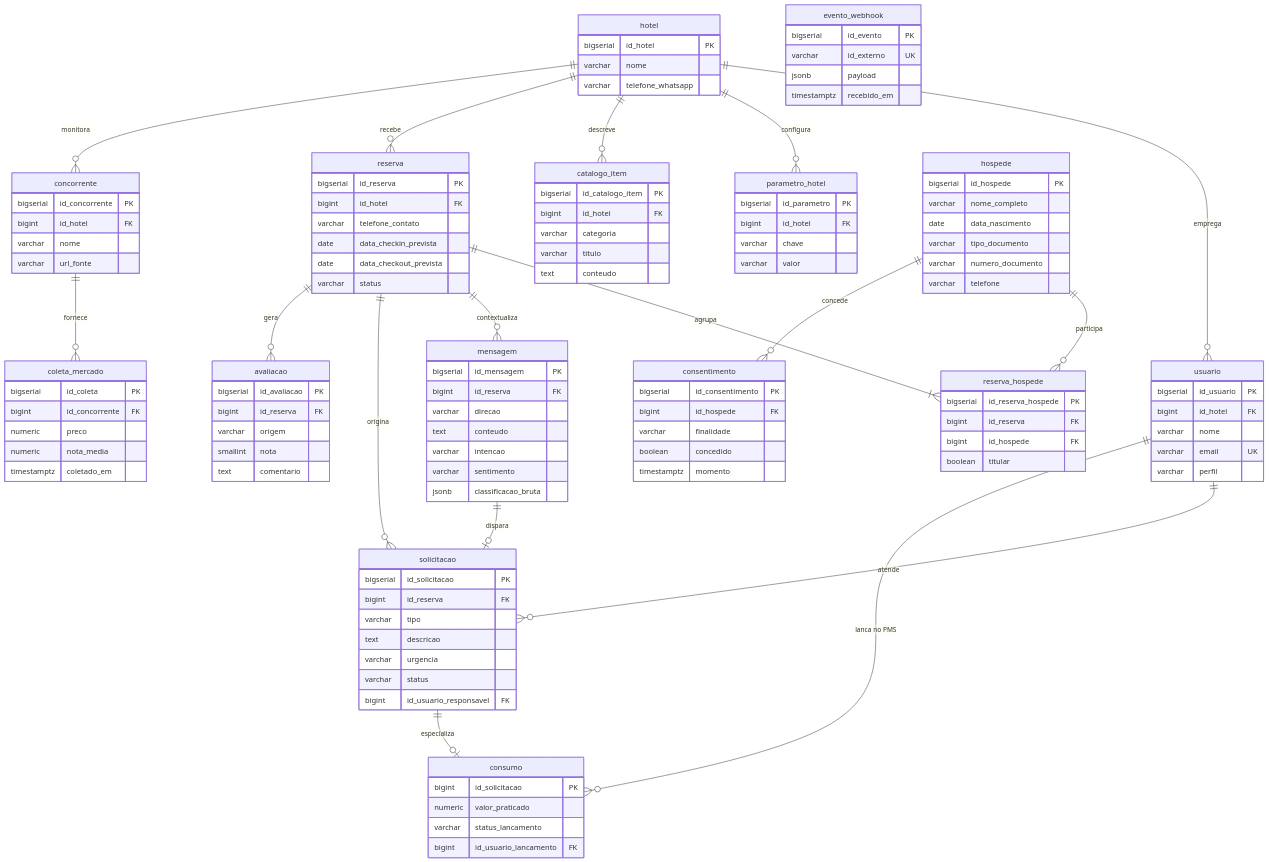
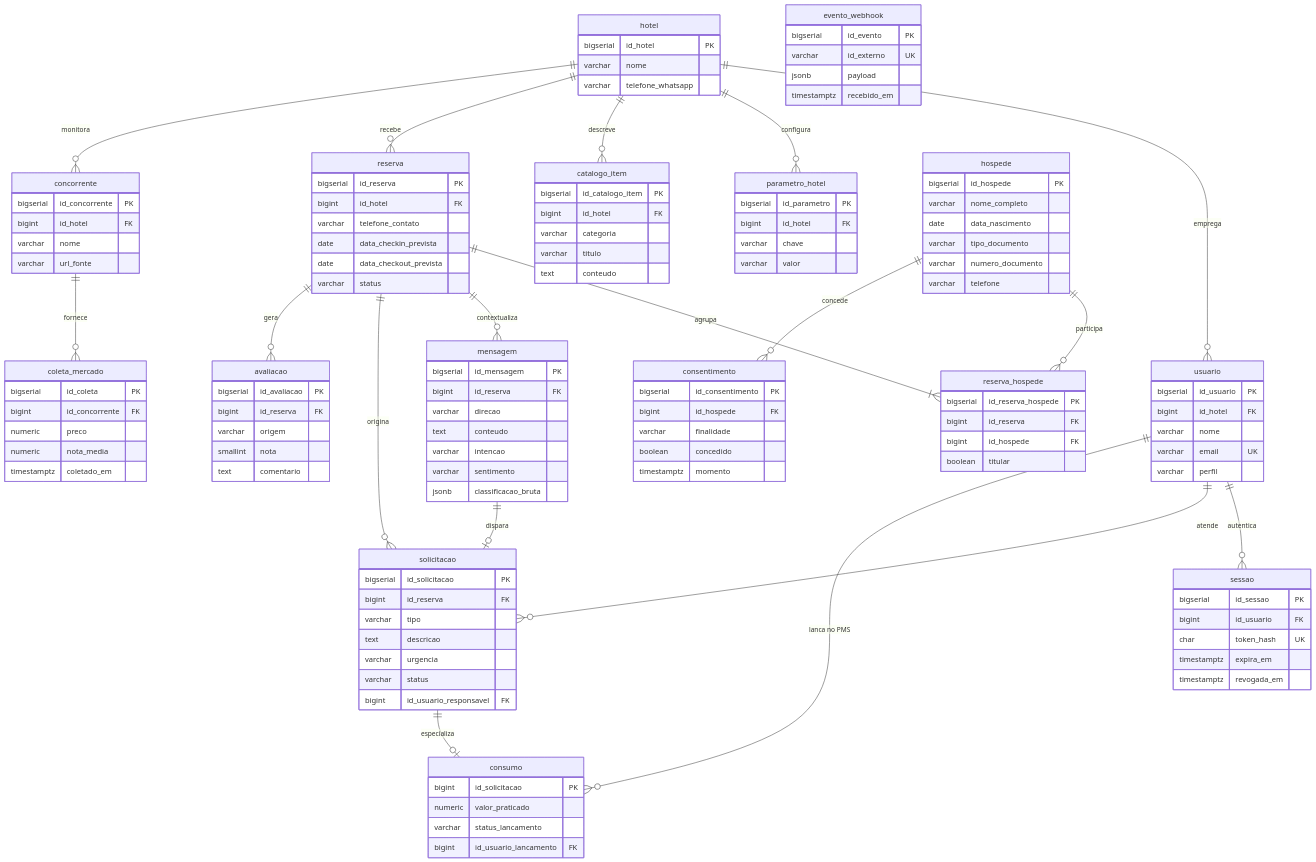
One commit to ThiagoAlvesFeitosa/omnistay changed the second of 2 diagrams in docs/04-modelagem-de-dados.md. Above: the diagram before and after it, drawn with Mermaid. The commit also changed other lines of this file and 50 other files, not shown here.

````diff
--- a/docs/04-modelagem-de-dados.md
+++ b/docs/04-modelagem-de-dados.md
@@ -183,6 +183,7 @@
 ```mermaid
 erDiagram
     hotel ||--o{ usuario : "emprega"
+    usuario ||--o{ sessao : "autentica"
     hotel ||--o{ parametro_hotel : "configura"
     hotel ||--o{ catalogo_item : "descreve"
     hotel ||--o{ reserva : "recebe"
@@ -214,6 +215,13 @@
         varchar nome
         varchar email UK
         varchar perfil
+    }
+    sessao {
+        bigserial id_sessao PK
+        bigint id_usuario FK
+        char token_hash UK
+        timestamptz expira_em
+        timestamptz revogada_em
     }
     hospede {
         bigserial id_hospede PK
````
